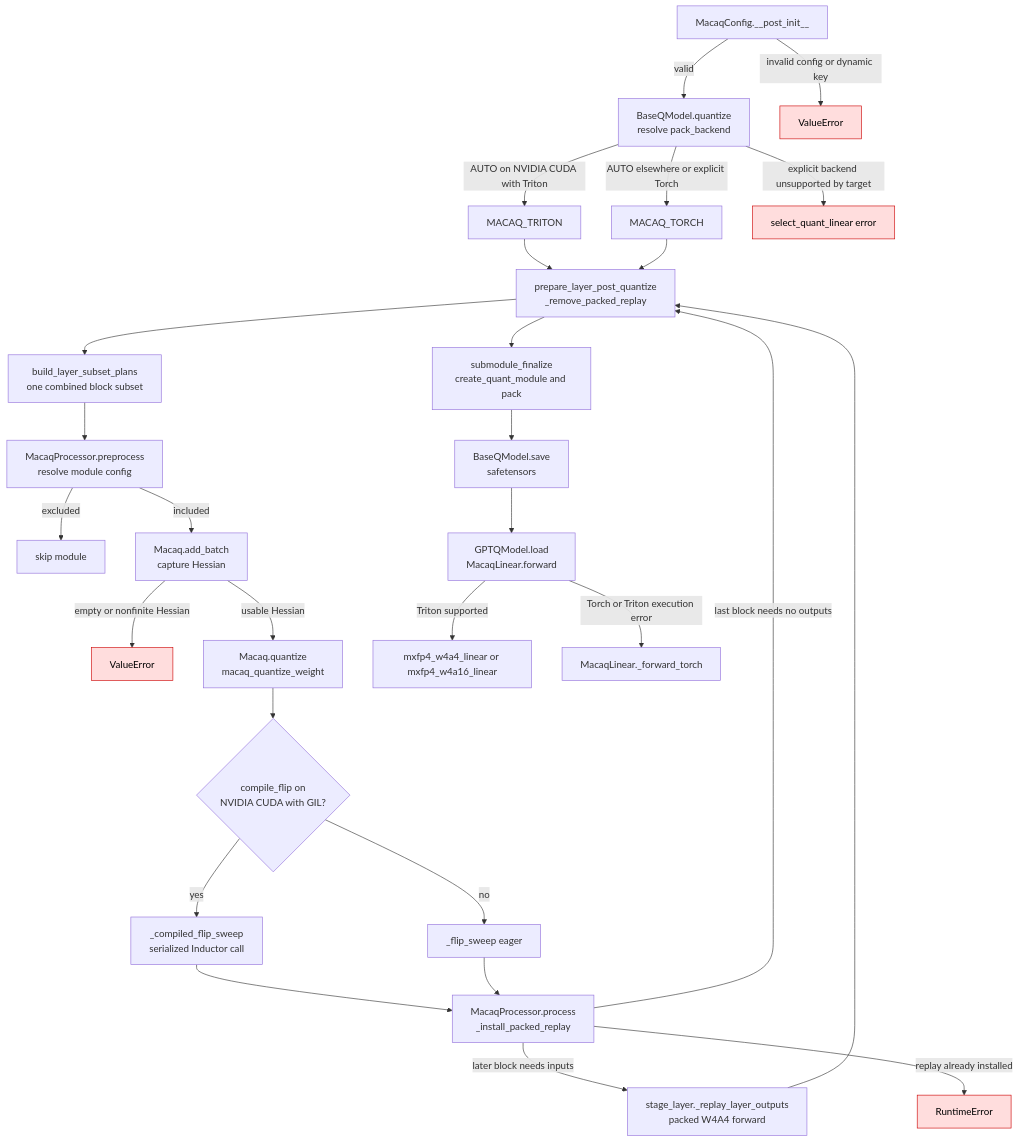
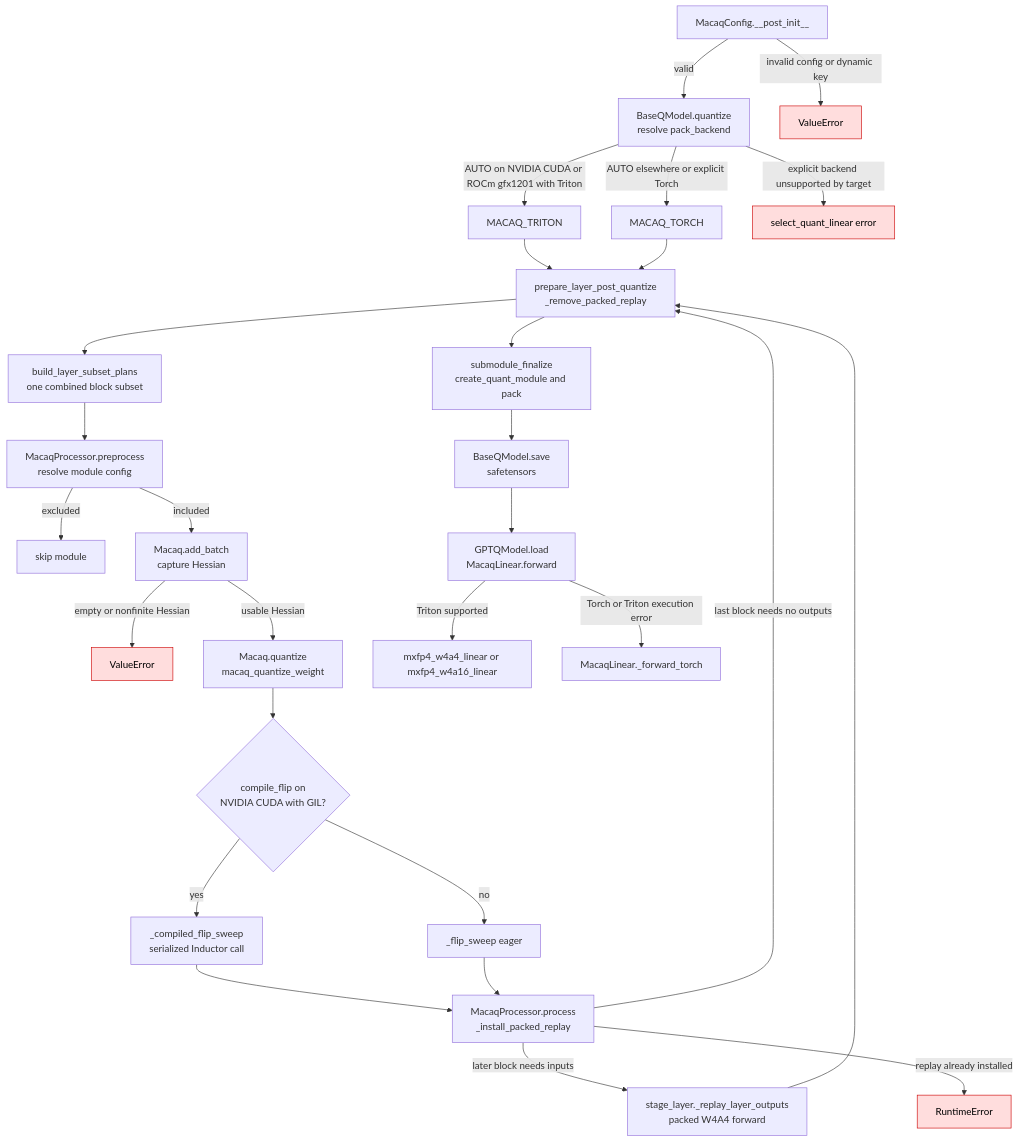
Before and after one commit to ModelCloud/GPTQModel: the diagram in docs/macaq.md, drawn with Mermaid. The commit also changed other lines of this file and 13 other files, not shown here.

Commit message:
feat(macaq): enable R9700 Triton and name MXFP4 checkpoint format

````diff
--- a/docs/macaq.md
+++ b/docs/macaq.md
@@ -76,32 +78,32 @@
 ```mermaid
 flowchart TD
     A["MacaqConfig.__post_init__"] -->|valid| B["BaseQModel.quantize<br/>resolve pack_backend"]
     A -->|invalid config or dynamic key| F1["ValueError"]
-    B -->|AUTO on NVIDIA CUDA with Triton| T["MACAQ_TRITON"]
+    B -->|AUTO on NVIDIA CUDA or ROCm gfx1201 with Triton| T["MACAQ_TRITON"]
     B -->|AUTO elsewhere or explicit Torch| P["MACAQ_TORCH"]
     B -->|explicit backend unsupported by target| F2["select_quant_linear error"]
     T --> C["QuantizationRunPlan.build"]
     P --> C
     C --> S1["build_layer_subset_plans<br/>one combined block subset"]
     S1 --> D["MacaqProcessor.preprocess<br/>resolve module config"]
     D -->|excluded| S["skip module"]
     D -->|included| E["Macaq.add_batch<br/>capture Hessian"]
     E -->|empty or nonfinite Hessian| F3["ValueError"]
     E -->|usable Hessian| Q["Macaq.quantize<br/>macaq_quantize_weight"]
     Q --> CF{"compile_flip on<br/>NVIDIA CUDA with GIL?"}
     CF -->|yes| KC["_compiled_flip_sweep<br/>serialized Inductor call"]
     CF -->|no| KE["_flip_sweep eager"]
     KC --> R["MacaqProcessor.process<br/>_install_packed_replay"]
     KE --> R
     R -->|later block needs inputs| F["stage_layer._replay_layer_outputs<br/>packed W4A4 forward"]
     R -->|last block needs no outputs| C["prepare_layer_post_quantize<br/>_remove_packed_replay"]
     F --> C
     R -->|replay already installed| F4["RuntimeError"]
     C --> U["submodule_finalize<br/>create_quant_module and pack"]
     U --> V["BaseQModel.save<br/>safetensors"]
     V --> L["GPTQModel.load<br/>MacaqLinear.forward"]
     L -->|Triton supported| K["mxfp4_w4a4_linear or mxfp4_w4a16_linear"]
     L -->|Torch or Triton execution error| O["MacaqLinear._forward_torch"]
     classDef error fill:#fdd,stroke:#c00,color:#000;
     class F1,F2,F3,F4 error;
 ```
````
